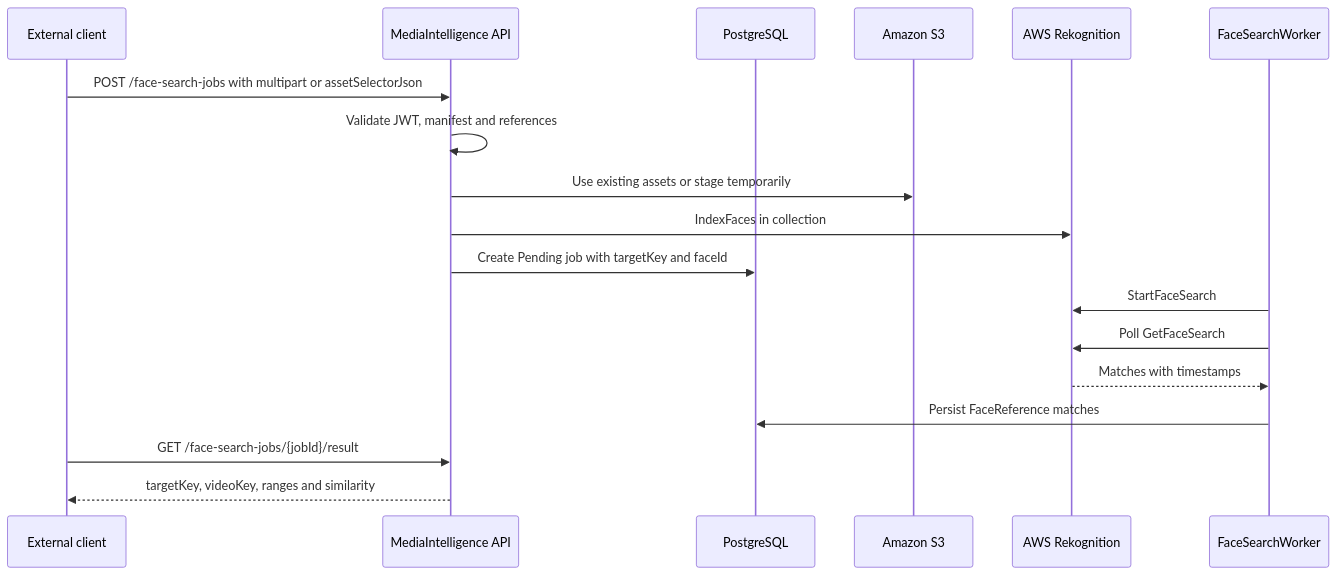
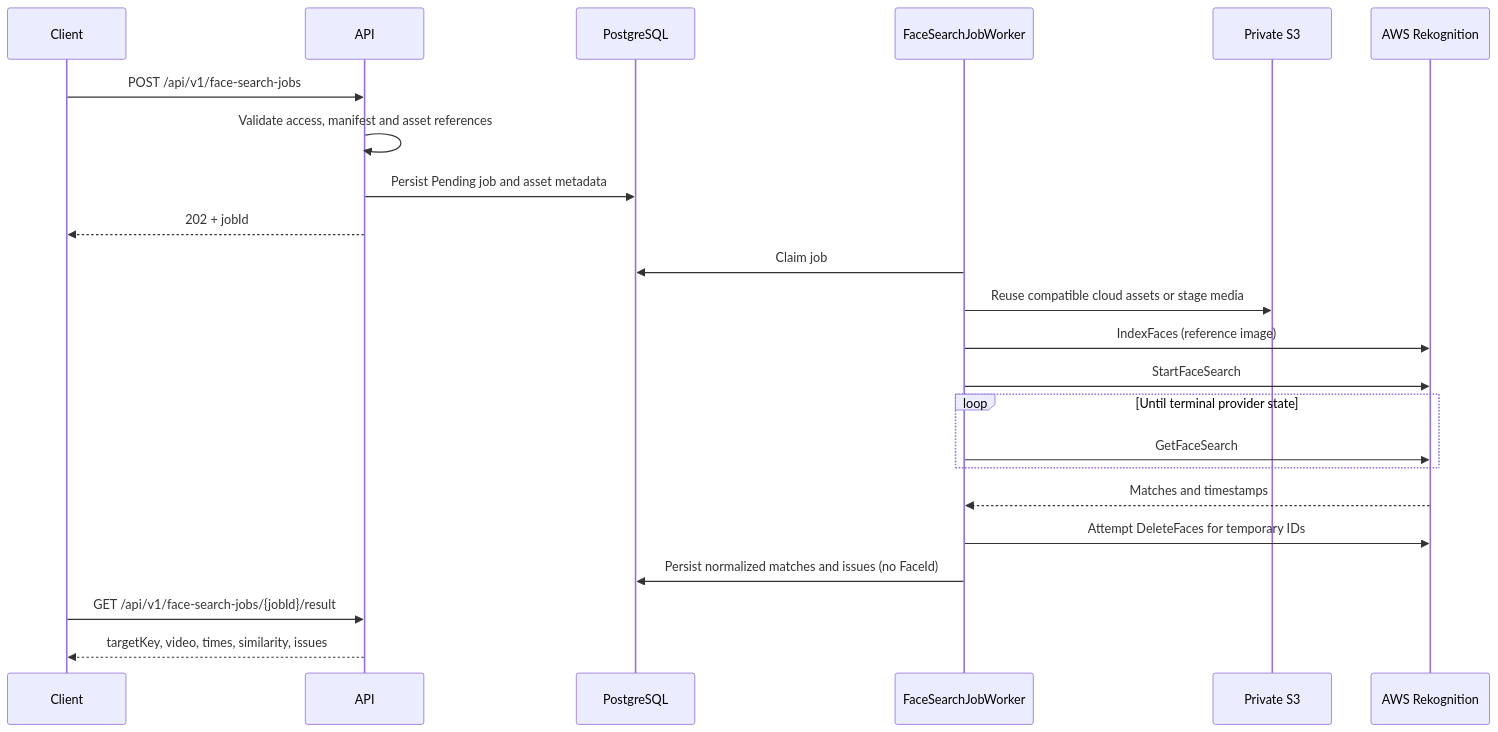
Before and after one commit to lokomurdok89/DeValpo.MediaIntelligence: the second of 2 diagrams in docs/aws-rekognition-face-search.en.md, drawn with Mermaid. The commit also changed other lines of this file and 87 other files, not shown here.

````diff
--- a/docs/aws-rekognition-face-search.en.md
+++ b/docs/aws-rekognition-face-search.en.md
@@ -210,21 +256,25 @@
 ```mermaid
 sequenceDiagram
-    participant Client as External client
-    participant API as MediaIntelligence API
+    participant Client as Client
+    participant API as API
     participant DB as PostgreSQL
-    participant S3 as Amazon S3
+    participant Worker as FaceSearchJobWorker
+    participant S3 as Private S3
     participant Rek as AWS Rekognition
-    participant Worker as FaceSearchWorker
-
-    Client->>API: POST /face-search-jobs with multipart or assetSelectorJson
-    API->>API: Validate JWT, manifest and references
-    API->>S3: Use existing assets or stage temporarily
-    API->>Rek: IndexFaces in collection
-    API->>DB: Create Pending job with targetKey and faceId
+    Client->>API: POST /api/v1/face-search-jobs
+    API->>API: Validate access, manifest and asset references
+    API->>DB: Persist Pending job and asset metadata
+    API-->>Client: 202 + jobId
+    Worker->>DB: Claim job
+    Worker->>S3: Reuse compatible cloud assets or stage media
+    Worker->>Rek: IndexFaces (reference image)
     Worker->>Rek: StartFaceSearch
-    Worker->>Rek: Poll GetFaceSearch
-    Rek-->>Worker: Matches with timestamps
-    Worker->>DB: Persist FaceReference matches
-    Client->>API: GET /face-search-jobs/{jobId}/result
-    API-->>Client: targetKey, videoKey, ranges and similarity
+    loop Until terminal provider state
+        Worker->>Rek: GetFaceSearch
+    end
+    Rek-->>Worker: Matches and timestamps
+    Worker->>Rek: Attempt DeleteFaces for temporary IDs
+    Worker->>DB: Persist normalized matches and issues (no FaceId)
+    Client->>API: GET /api/v1/face-search-jobs/{jobId}/result
+    API-->>Client: targetKey, video, times, similarity, issues
 ```
````
